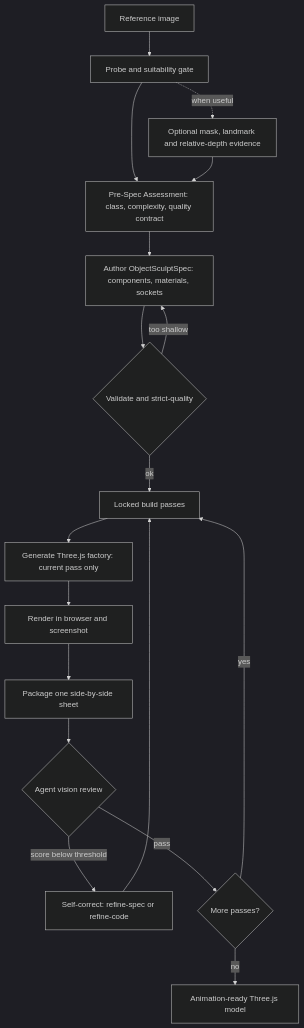
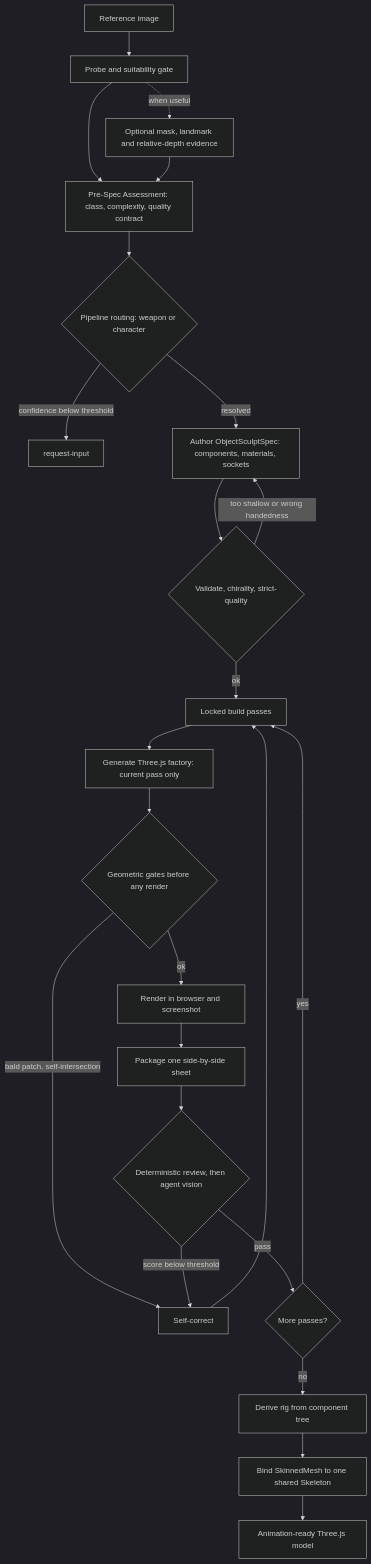
One commit to tuntun0609/blog changed the diagram in .agents/skills/img2threejs/docs/ARCHITECTURE.md. Above: the diagram before and after it, drawn with Mermaid (dark theme). The commit also changed other lines of this file and 113 other files, not shown here.

````diff
--- a/.agents/skills/img2threejs/docs/ARCHITECTURE.md
+++ b/.agents/skills/img2threejs/docs/ARCHITECTURE.md
@@ -11,20 +11,26 @@
 ```mermaid
 flowchart TD
     A[Reference image] --> B[Probe and suitability gate]
     B --> C[Pre-Spec Assessment: class, complexity, quality contract]
     B -. when useful .-> A1[Optional mask, landmark and relative-depth evidence]
     A1 --> C
-    C --> D[Author ObjectSculptSpec: components, materials, sockets]
-    D --> E{Validate and strict-quality}
-    E -- too shallow --> D
+    C --> R{Pipeline routing: weapon or character}
+    R -- confidence below threshold --> RQ[request-input]
+    R -- resolved --> D[Author ObjectSculptSpec: components, materials, sockets]
+    D --> E{Validate, chirality, strict-quality}
+    E -- too shallow or wrong handedness --> D
     E -- ok --> F[Locked build passes]
     F --> G[Generate Three.js factory: current pass only]
-    G --> H[Render in browser and screenshot]
+    G --> G2{Geometric gates before any render}
+    G2 -- "bald patch, self-intersection" --> K[Self-correct]
+    G2 -- ok --> H[Render in browser and screenshot]
     H --> I[Package one side-by-side sheet]
-    I --> J{Agent vision review}
-    J -- score below threshold --> K[Self-correct: refine-spec or refine-code]
+    I --> J{Deterministic review, then agent vision}
+    J -- score below threshold --> K
     K --> F
     J -- pass --> L{More passes?}
     L -- yes --> F
-    L -- no --> M[Animation-ready Three.js model]
+    L -- no --> N[Derive rig from component tree]
+    N --> O[Bind SkinnedMesh to one shared Skeleton]
+    O --> M[Animation-ready Three.js model]
 ```
````
